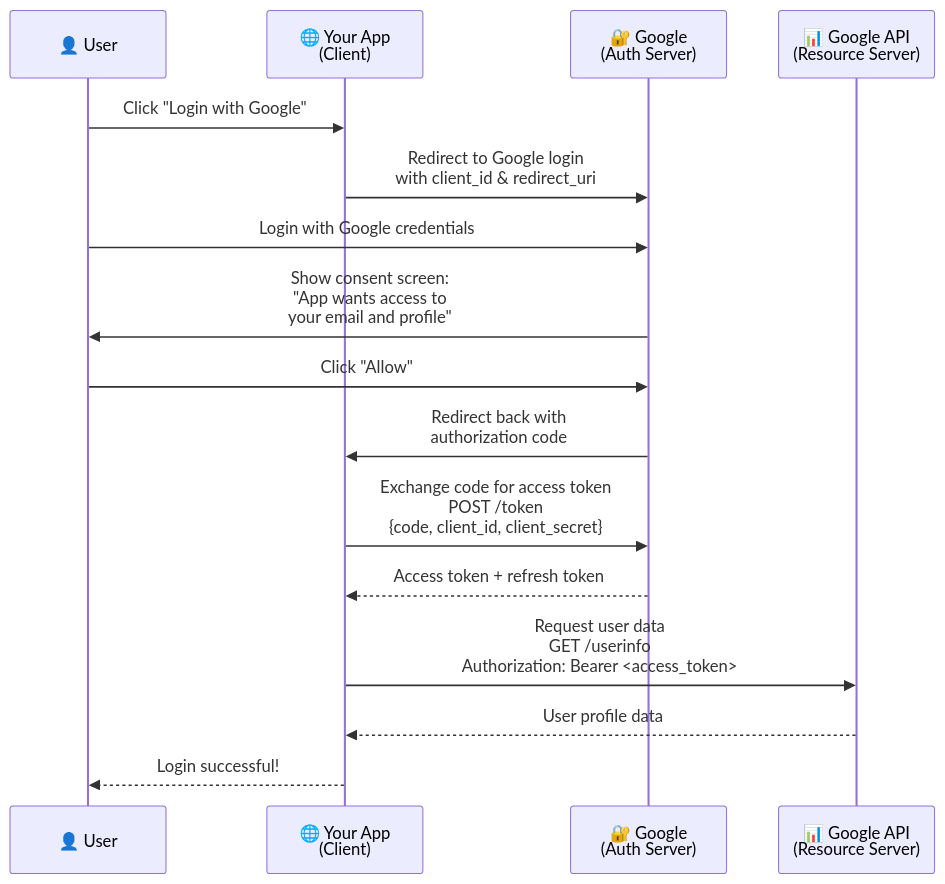
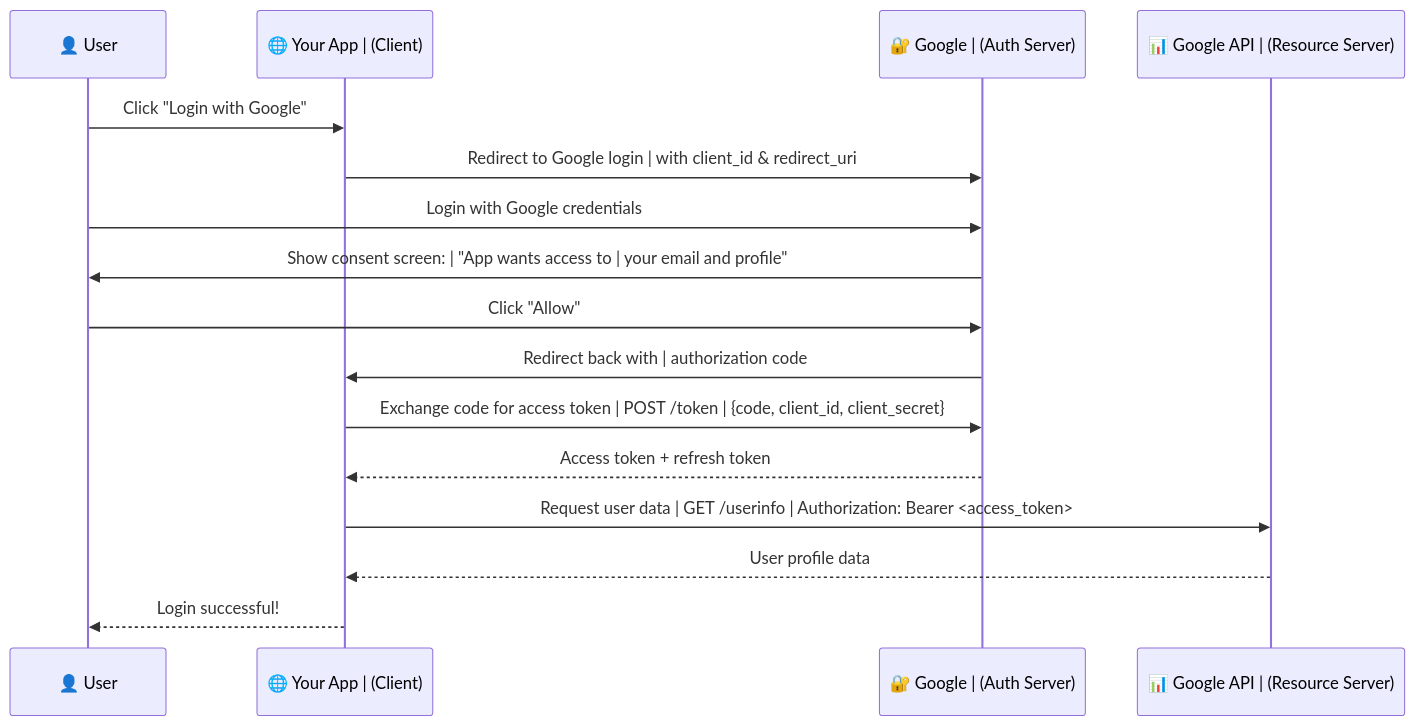
The sixth of 11 diagrams in HLD/foundation/11_authentication.md (p1kmr/for-reading), drawn with Mermaid before and after one commit. The commit also changed other lines of this file and 14 other files, not shown here.

Commit message:
Fix Mermaid diagram syntax: Replace <br/> with <br> for GitHub compatibility

````diff
--- a/HLD/foundation/11_authentication.md
+++ b/HLD/foundation/11_authentication.md
@@ -366,29 +366,29 @@
 ```mermaid
 sequenceDiagram
     participant User as 👤 User
-    participant App as 🌐 Your App<br/>(Client)
-    participant Auth as 🔐 Google<br/>(Auth Server)
-    participant API as 📊 Google API<br/>(Resource Server)
+    participant App as 🌐 Your App | (Client)
+    participant Auth as 🔐 Google | (Auth Server)
+    participant API as 📊 Google API | (Resource Server)
 
     User->>App: Click "Login with Google"
 
-    App->>Auth: Redirect to Google login<br/>with client_id & redirect_uri
+    App->>Auth: Redirect to Google login | with client_id & redirect_uri
 
     User->>Auth: Login with Google credentials
 
-    Auth->>User: Show consent screen:<br/>"App wants access to<br/>your email and profile"
+    Auth->>User: Show consent screen: | "App wants access to | your email and profile"
 
     User->>Auth: Click "Allow"
 
-    Auth->>App: Redirect back with<br/>authorization code
+    Auth->>App: Redirect back with | authorization code
 
-    App->>Auth: Exchange code for access token<br/>POST /token<br/>{code, client_id, client_secret}
+    App->>Auth: Exchange code for access token | POST /token | {code, client_id, client_secret}
 
     Auth-->>App: Access token + refresh token
 
-    App->>API: Request user data<br/>GET /userinfo<br/>Authorization: Bearer <access_token>
+    App->>API: Request user data | GET /userinfo | Authorization: Bearer <access_token>
 
     API-->>App: User profile data
 
     App-->>User: Login successful!
 ```
````
